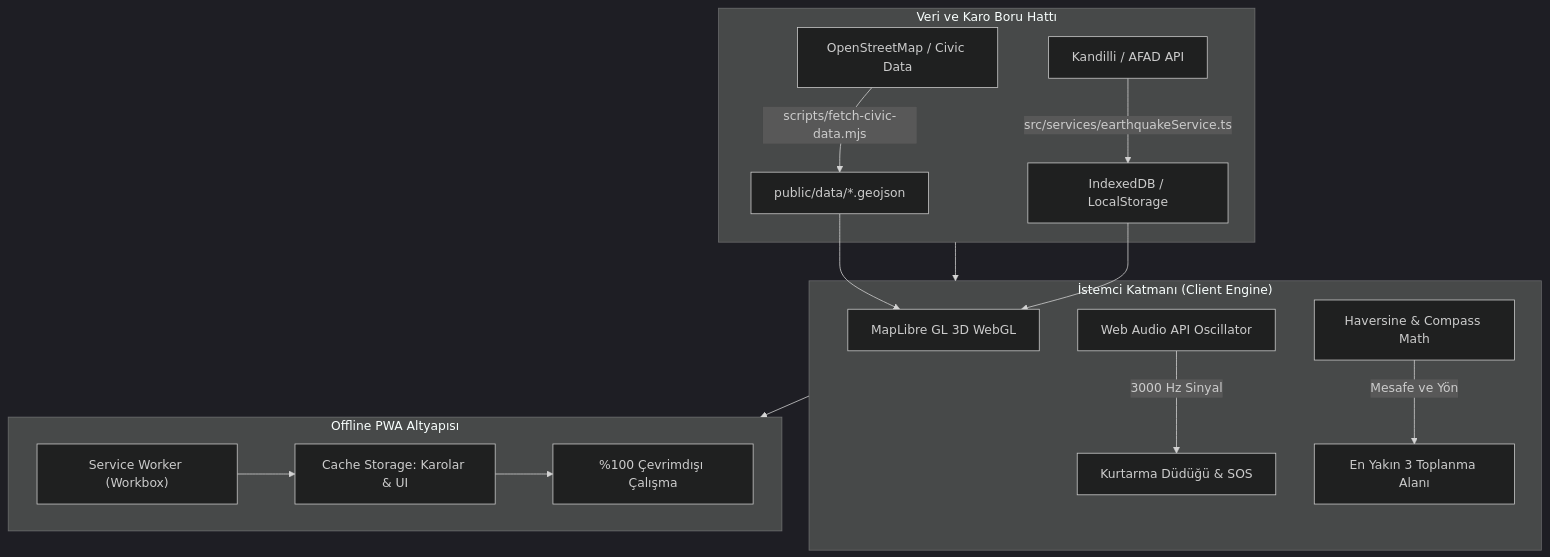
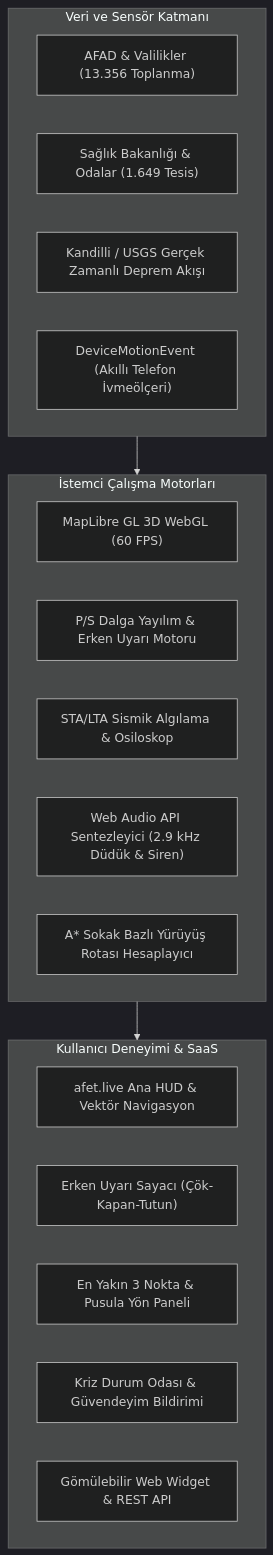
One commit to himmetaga/turkiye-afet-haritasi changed the diagram in README.md. Above: the diagram before and after it, drawn with Mermaid (dark theme). The commit also changed other lines of this file and 25 other files, not shown here.

Commit message:
feat: afet.live vektor marka kimligi, sismik erken uyari ve saas platformu entegrasyonu

````diff
--- a/README.md
+++ b/README.md
@@ -34,22 +88,28 @@
 ```mermaid
 flowchart TD
-    subgraph DataPipeline["Veri ve Karo Boru Hattı"]
-        A["OpenStreetMap / Civic Data"] -->|scripts/fetch-civic-data.mjs| B["public/data/*.geojson"]
-        C["Kandilli / AFAD API"] -->|src/services/earthquakeService.ts| D["IndexedDB / LocalStorage"]
+    subgraph DataLayer["Veri ve Sensör Katmanı"]
+        A["AFAD & Valilikler (13.356 Toplanma)"]
+        B["Sağlık Bakanlığı & Odalar (1.649 Tesis)"]
+        C["Kandilli / USGS Gerçek Zamanlı Deprem Akışı"]
+        D["DeviceMotionEvent (Akıllı Telefon İvmeölçeri)"]
     end
 
-    subgraph CoreEngine["İstemci Katmanı (Client Engine)"]
-        B --> E["MapLibre GL 3D WebGL"]
-        D --> E
-        F["Web Audio API Oscillator"] -->|3000 Hz Sinyal| G["Kurtarma Düdüğü & SOS"]
-        H["Haversine & Compass Math"] -->|Mesafe ve Yön| I["En Yakın 3 Toplanma Alanı"]
+    subgraph CoreEngines["İstemci Çalışma Motorları"]
+        E["MapLibre GL 3D WebGL (60 FPS)"]
+        F["P/S Dalga Yayılım & Erken Uyarı Motoru"]
+        G["STA/LTA Sismik Algılama & Osiloskop"]
+        H["Web Audio API Sentezleyici (2.9 kHz Düdük & Siren)"]
+        I["A* Sokak Bazlı Yürüyüş Rotası Hesaplayıcı"]
     end
 
-    subgraph OfflineStorage["Offline PWA Altyapısı"]
-        J["Service Worker (Workbox)"] --> K["Cache Storage: Karolar & UI"]
-        K --> L["%100 Çevrimdışı Çalışma"]
+    subgraph UserInterface["Kullanıcı Deneyimi & SaaS"]
+        J["afet.live Ana HUD & Vektör Navigasyon"]
+        K["Erken Uyarı Sayacı (Çök-Kapan-Tutun)"]
+        L["En Yakın 3 Nokta & Pusula Yön Paneli"]
+        M["Kriz Durum Odası & Güvendeyim Bildirimi"]
+        N["Gömülebilir Web Widget & REST API"]
     end
 
-    DataPipeline --> CoreEngine
-    CoreEngine --> OfflineStorage
+    DataLayer --> CoreEngines
+    CoreEngines --> UserInterface
 ```
````
